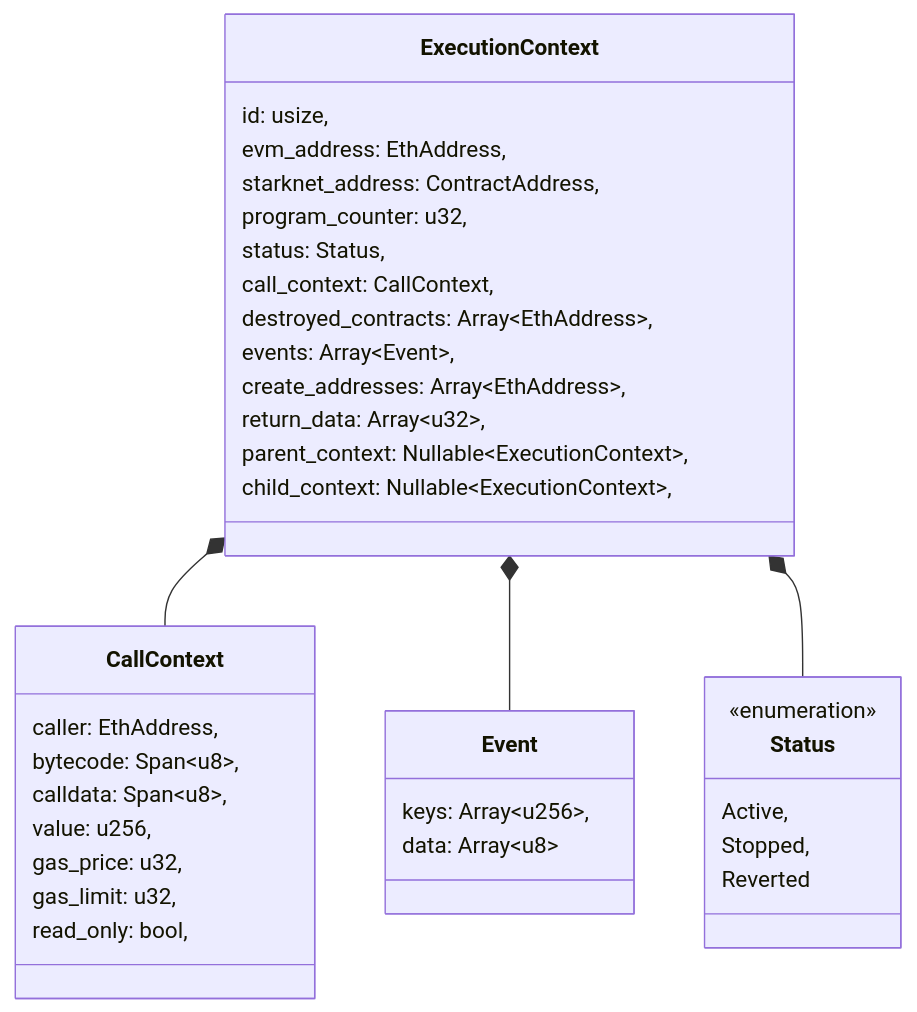
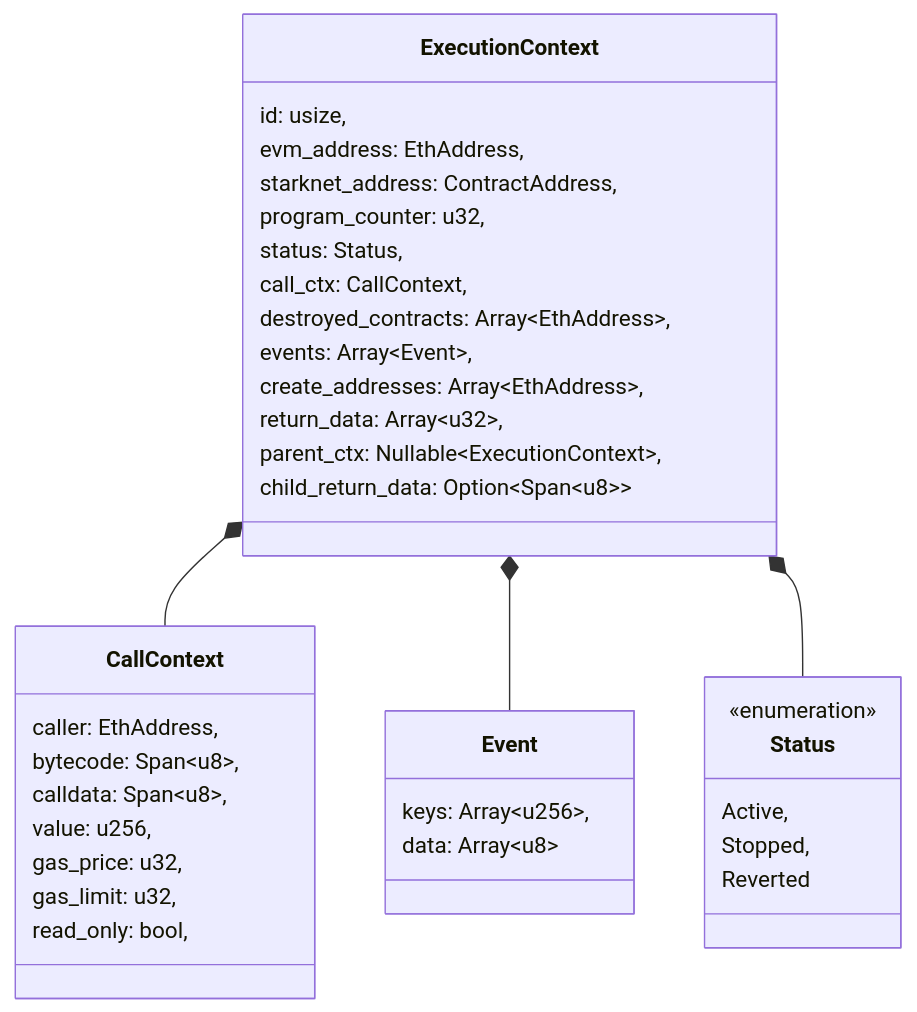
One commit to kkrt-labs/kakarot-ssj changed the first of 2 diagrams in docs/general/execution_context.md. Above: the diagram before and after it, drawn with Mermaid. The commit also changed other lines of this file and 7 other files, not shown here.

First line of the commit message:
refactor: refactor child context to be child context return data (#388)

````diff
--- a/docs/general/execution_context.md
+++ b/docs/general/execution_context.md
@@ -16,43 +16,43 @@
 ```mermaid
 classDiagram
     class ExecutionContext{
         id: usize,
         evm_address: EthAddress,
         starknet_address: ContractAddress,
         program_counter: u32,
         status: Status,
-        call_context: CallContext,
+        call_ctx: CallContext,
         destroyed_contracts: Array~EthAddress~,
         events: Array~Event~,
         create_addresses: Array~EthAddress~,
         return_data: Array~u32~,
-        parent_context: Nullable~ExecutionContext~,
-        child_context: Nullable~ExecutionContext~,
+        parent_ctx: Nullable~ExecutionContext~,
+        child_return_data: Option~Span~u8~~
     }
 
     class CallContext{
         caller: EthAddress,
         bytecode: Span~u8~,
         calldata: Span~u8~,
         value: u256,
         gas_price: u32,
         gas_limit: u32,
         read_only: bool,
     }
 
     class Event{
         keys: Array~u256~,
         data: Array~u8~
     }
 
     class Status{
     <<enumeration>>
       Active,
       Stopped,
       Reverted
     }
 
     ExecutionContext *-- CallContext
     ExecutionContext *-- Event
     ExecutionContext *-- Status
 ```
````
